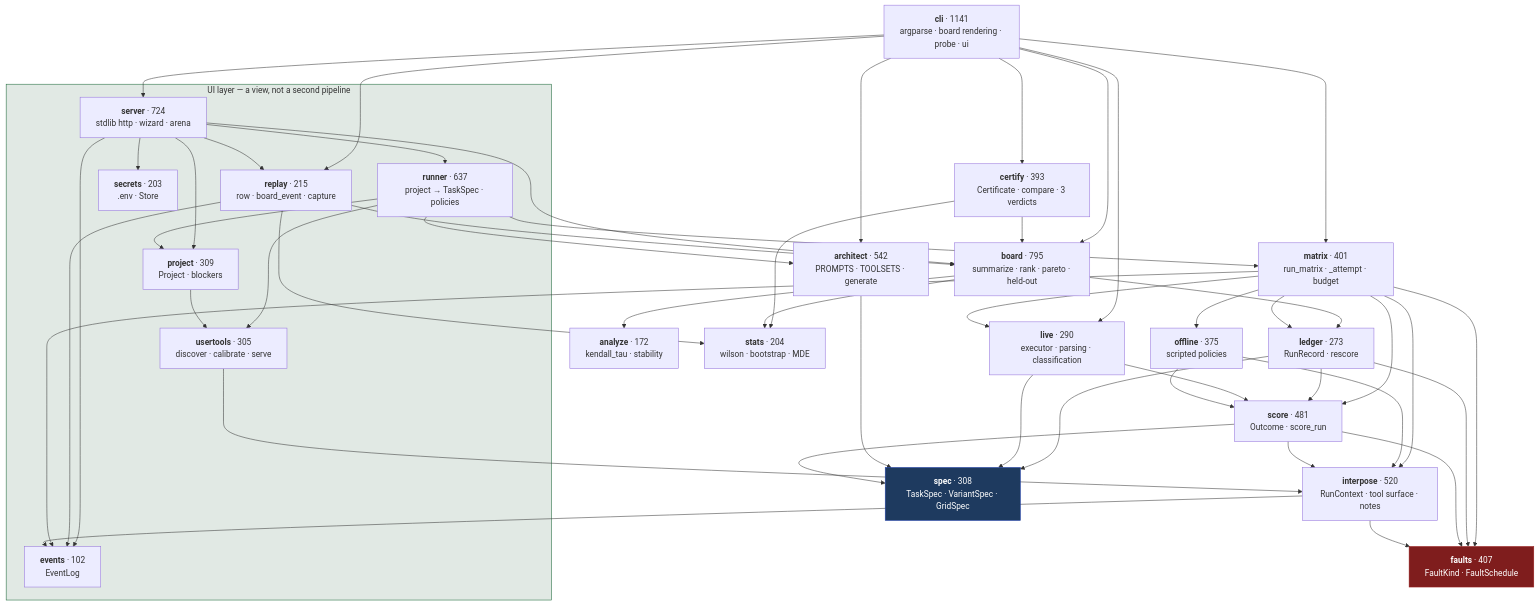
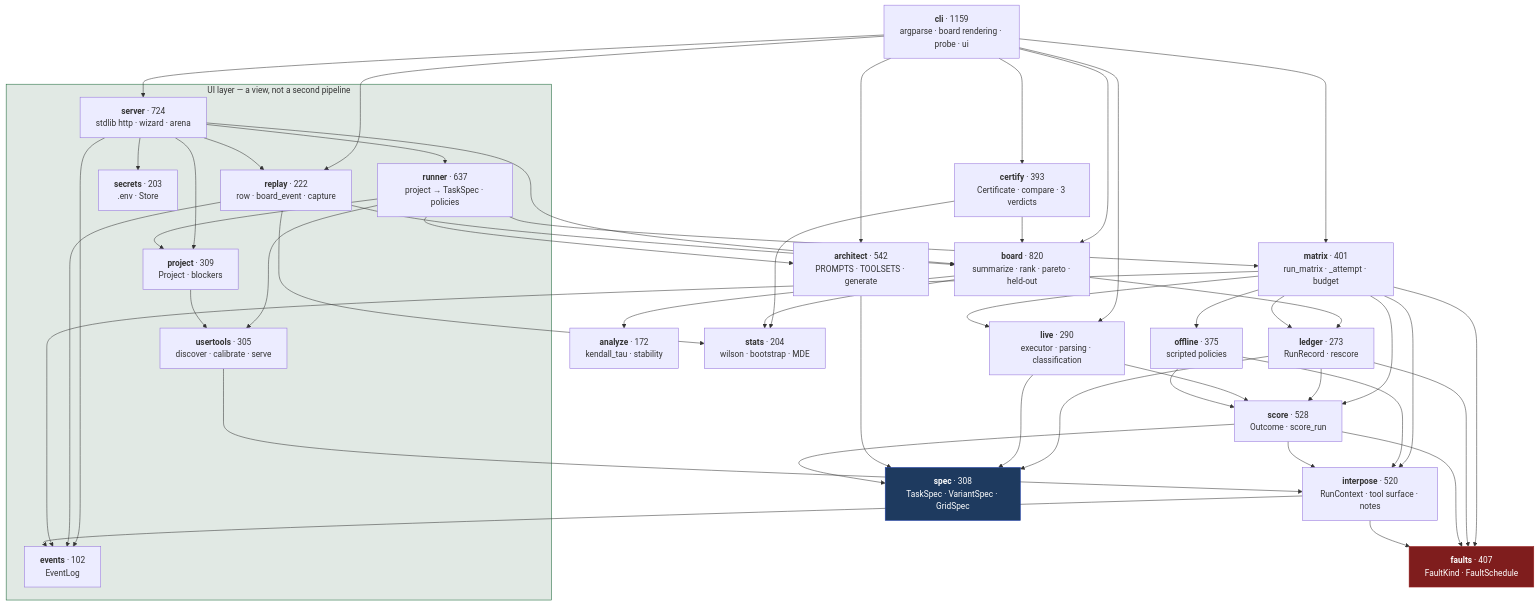
Before and after one commit to Mehul-Gupta-SMH/agent-gauntlet: the first of 4 diagrams in docs/architecture/lld.md, drawn with Mermaid. The commit also changed other lines of this file and 8 other files, not shown here.

````diff
--- a/docs/architecture/lld.md
+++ b/docs/architecture/lld.md
@@ -9,47 +9,47 @@
 ```mermaid
 flowchart TD
     subgraph ui["UI layer — a view, not a second pipeline"]
         SERVER["<b>server</b> · 724<br/>stdlib http · wizard · arena"]
         RUNNER["<b>runner</b> · 637<br/>project → TaskSpec · policies"]
         USERT["<b>usertools</b> · 305<br/>discover · calibrate · serve"]
         PROJECT["<b>project</b> · 309<br/>Project · blockers"]
         SECRETS["<b>secrets</b> · 203<br/>.env · Store"]
         EVENTS["<b>events</b> · 102<br/>EventLog"]
-        REPLAY["<b>replay</b> · 215<br/>row · board_event · capture"]
+        REPLAY["<b>replay</b> · 222<br/>row · board_event · capture"]
     end
 
-    CLI["<b>cli</b> · 1141<br/>argparse · board rendering · probe · ui"]
-    BOARD["<b>board</b> · 795<br/>summarize · rank · pareto · held-out"]
+    CLI["<b>cli</b> · 1159<br/>argparse · board rendering · probe · ui"]
+    BOARD["<b>board</b> · 820<br/>summarize · rank · pareto · held-out"]
     ARCH["<b>architect</b> · 542<br/>PROMPTS · TOOLSETS · generate"]
-    SCORE["<b>score</b> · 481<br/>Outcome · score_run"]
+    SCORE["<b>score</b> · 528<br/>Outcome · score_run"]
     INTER["<b>interpose</b> · 520<br/>RunContext · tool surface · notes"]
     OFFLINE["<b>offline</b> · 375<br/>scripted policies"]
     MATRIX["<b>matrix</b> · 401<br/>run_matrix · _attempt · budget"]
     FAULTS["<b>faults</b> · 407<br/>FaultKind · FaultSchedule"]
     SPEC["<b>spec</b> · 308<br/>TaskSpec · VariantSpec · GridSpec"]
     LIVE["<b>live</b> · 290<br/>executor · parsing · classification"]
     LEDGER["<b>ledger</b> · 273<br/>RunRecord · rescore"]
     ANALYZE["<b>analyze</b> · 172<br/>kendall_tau · stability"]
     CERT["<b>certify</b> · 393<br/>Certificate · compare · 3 verdicts"]
     STATS["<b>stats</b> · 204<br/>wilson · bootstrap · MDE"]
 
     CLI --> BOARD & MATRIX & ARCH & LIVE & SERVER & CERT & REPLAY
     CERT --> BOARD & STATS
     SERVER --> PROJECT & RUNNER & SECRETS & EVENTS & BOARD & REPLAY
     REPLAY --> BOARD & EVENTS & STATS
     RUNNER --> MATRIX & USERT & PROJECT & ARCH
     PROJECT --> USERT
     USERT --> INTER
     BOARD --> LEDGER & ANALYZE & STATS
     MATRIX --> LEDGER & SCORE & LIVE & OFFLINE & INTER & FAULTS & EVENTS
     LEDGER --> SCORE & FAULTS & SPEC
     LIVE --> SCORE & SPEC
     OFFLINE --> INTER & SCORE
     ARCH --> SPEC
     SCORE --> INTER & FAULTS & SPEC
     INTER --> FAULTS & EVENTS
 
     style SPEC fill:#1e3a5f,stroke:#1e40af,color:#fff
     style FAULTS fill:#7f1d1d,stroke:#991b1b,color:#fff
     style ui fill:#14532d20,stroke:#166534
 ```
````
